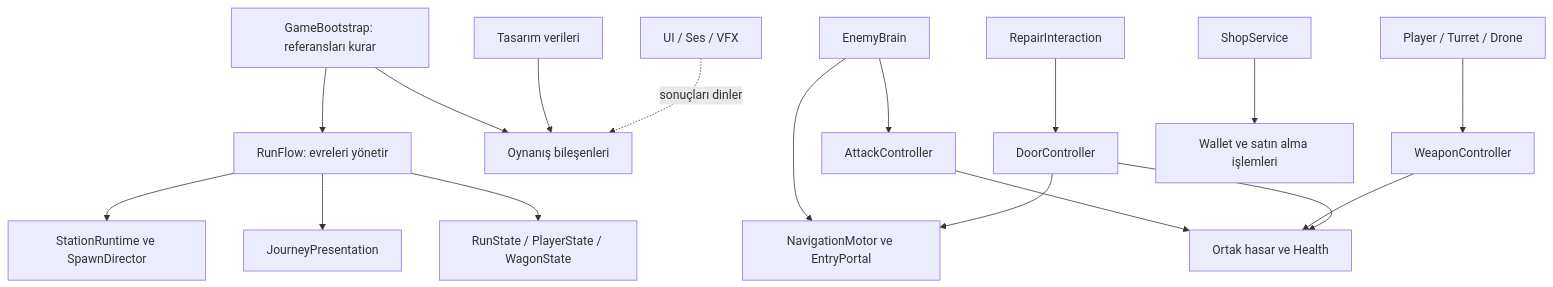
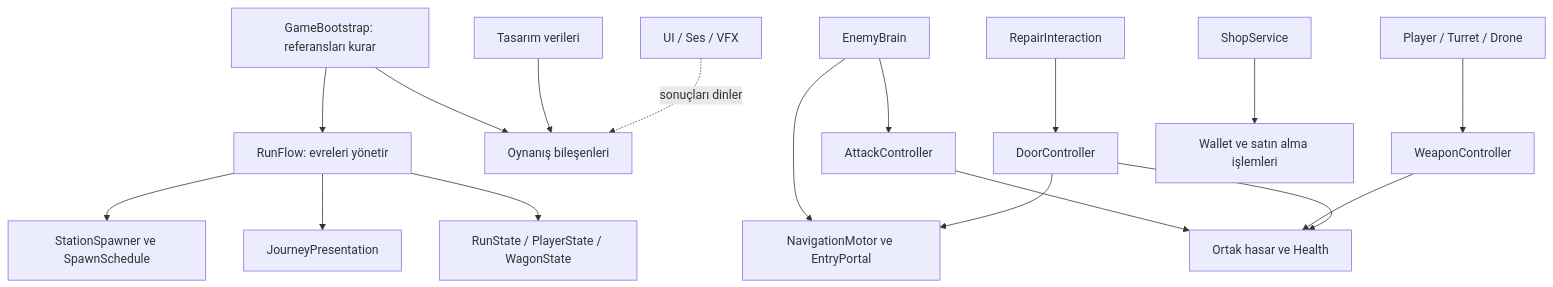
The diagram in docs/ARCHITECTURE.md (yasinakgulbp/waitYourTurn), drawn with Mermaid before and after one commit. The commit also changed other lines of this file and 26 other files, not shown here.

````diff
--- a/docs/ARCHITECTURE.md
+++ b/docs/ARCHITECTURE.md
@@ -19,19 +19,19 @@
 ```mermaid
 flowchart TD
     Boot[GameBootstrap: referansları kurar] --> Flow[RunFlow: evreleri yönetir]
     Boot --> Gameplay[Oynanış bileşenleri]
     Config[Tasarım verileri] --> Gameplay
-    Flow --> Station[StationRuntime ve SpawnDirector]
+    Flow --> Station[StationSpawner ve SpawnSchedule]
     Flow --> Journey[JourneyPresentation]
     Flow --> State[RunState / PlayerState / WagonState]
     Brain[EnemyBrain] --> Nav[NavigationMotor ve EntryPortal]
     Brain --> Attack[AttackController]
     Player[Player / Turret / Drone] --> Weapon[WeaponController]
     Attack --> Damage[Ortak hasar ve Health]
     Weapon --> Damage
     Door[DoorController] --> Damage
     Repair[RepairInteraction] --> Door
     Door --> Nav
     Shop[ShopService] --> Wallet[Wallet ve satın alma işlemleri]
     UI[UI / Ses / VFX] -. sonuçları dinler .-> Gameplay
 ```
````
